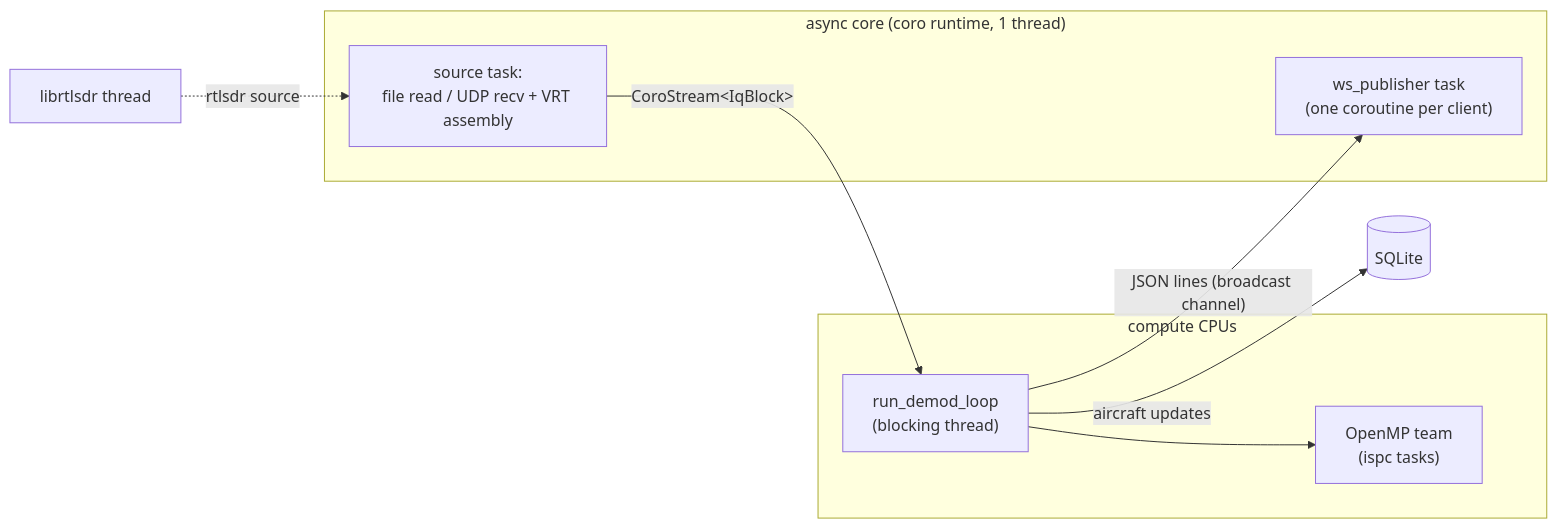
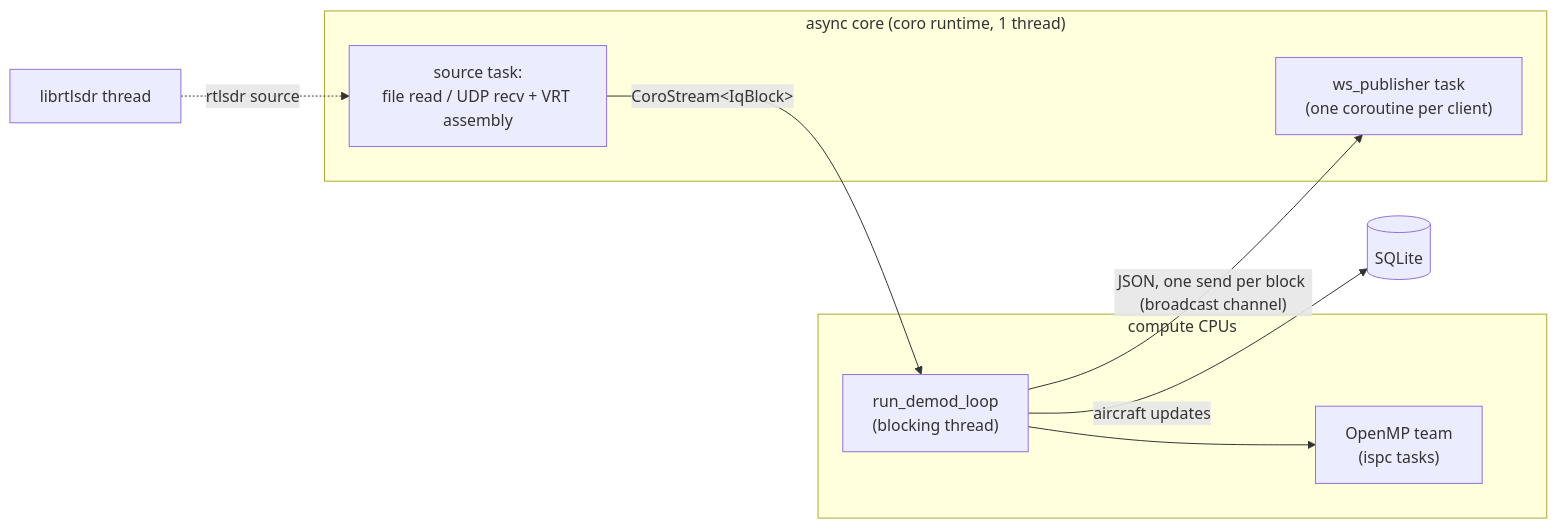
Before and after one commit to bts164/ADSB-Decoder: the second of 3 diagrams in README.md, drawn with Mermaid. The commit also changed other lines of this file and 18 other files, not shown here.

````diff
--- a/README.md
+++ b/README.md
@@ -225,14 +225,14 @@
 ```mermaid
 flowchart LR
     subgraph async["async core (coro runtime, 1 thread)"]
         SRC["source task:<br/>file read / UDP recv + VRT assembly"]
         WS["ws_publisher task<br/>(one coroutine per client)"]
     end
     RTL["librtlsdr thread"] -. "rtlsdr source" .-> SRC
     subgraph compute["compute CPUs"]
         LOOP["run_demod_loop<br/>(blocking thread)"] --> OMP["OpenMP team<br/>(ispc tasks)"]
     end
     SRC -- "CoroStream&lt;IqBlock&gt;" --> LOOP
-    LOOP -- "JSON lines (broadcast channel)" --> WS
+    LOOP -- "JSON, one send per block (broadcast channel)" --> WS
     LOOP -- "aircraft updates" --> DB[(SQLite)]
 ```
````
